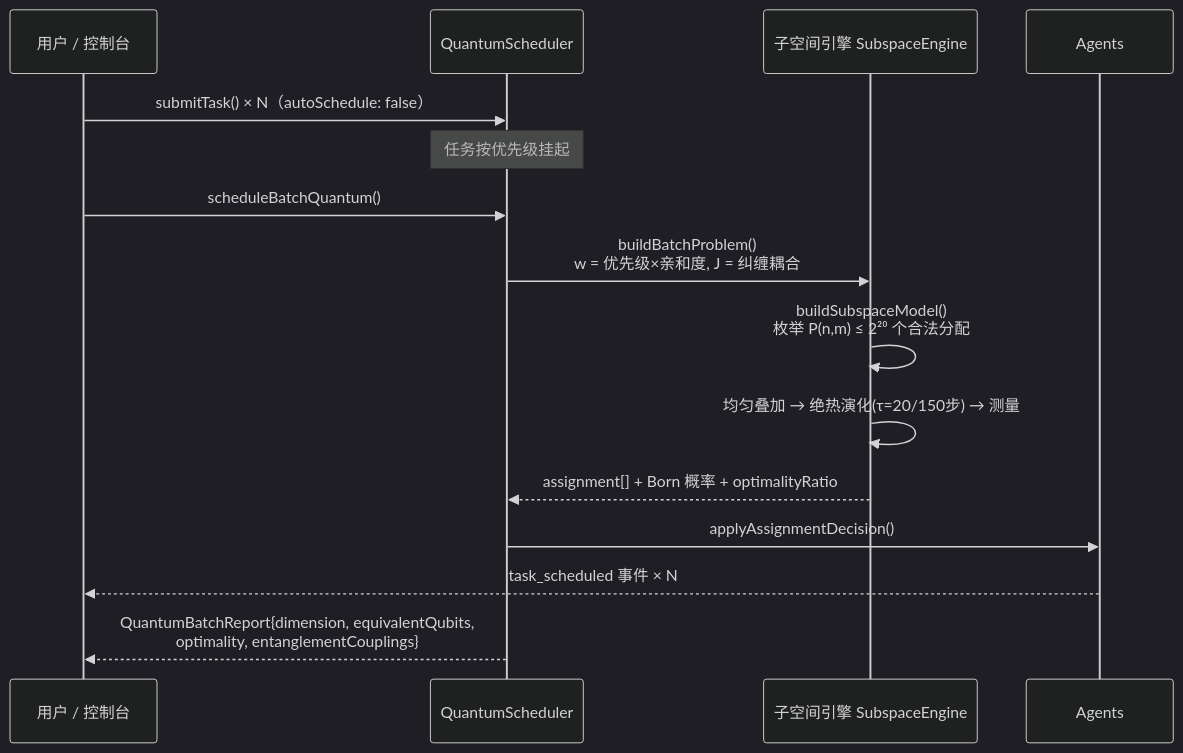
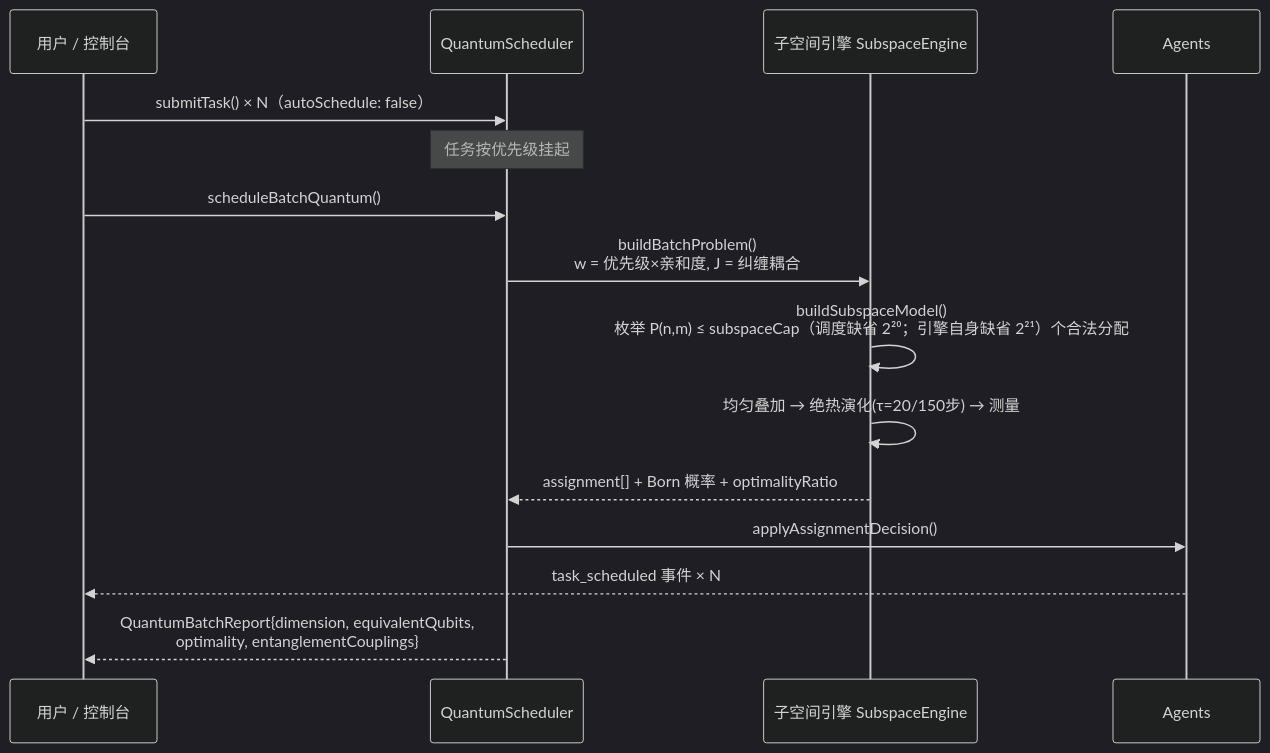
One commit to beijingwahw/quantum-multi-agent-platform changed the diagram in ds_extracted/ds/README.md. Above: the diagram before and after it, drawn with Mermaid (dark theme). The commit also changed other lines of this file and 70 other files, not shown here.

````diff
--- a/ds_extracted/ds/README.md
+++ b/ds_extracted/ds/README.md
@@ -130,18 +130,18 @@
 ```mermaid
 sequenceDiagram
     participant U as 用户 / 控制台
     participant S as QuantumScheduler
     participant Q as 子空间引擎 SubspaceEngine
     participant Ag as Agents
 
     U->>S: submitTask() × N（autoSchedule: false）
     Note over S: 任务按优先级挂起
     U->>S: scheduleBatchQuantum()
     S->>Q: buildBatchProblem()<br/>w = 优先级×亲和度, J = 纠缠耦合
-    Q->>Q: buildSubspaceModel()<br/>枚举 P(n,m) ≤ 2²⁰ 个合法分配
+    Q->>Q: buildSubspaceModel()<br/>枚举 P(n,m) ≤ subspaceCap（调度缺省 2²⁰；引擎自身缺省 2²¹）个合法分配
     Q->>Q: 均匀叠加 → 绝热演化(τ=20/150步) → 测量
     Q-->>S: assignment[] + Born 概率 + optimalityRatio
     S->>Ag: applyAssignmentDecision()
     Ag-->>U: task_scheduled 事件 × N
     S-->>U: QuantumBatchReport{dimension, equivalentQubits,<br/>optimality, entanglementCouplings}
 ```
````
